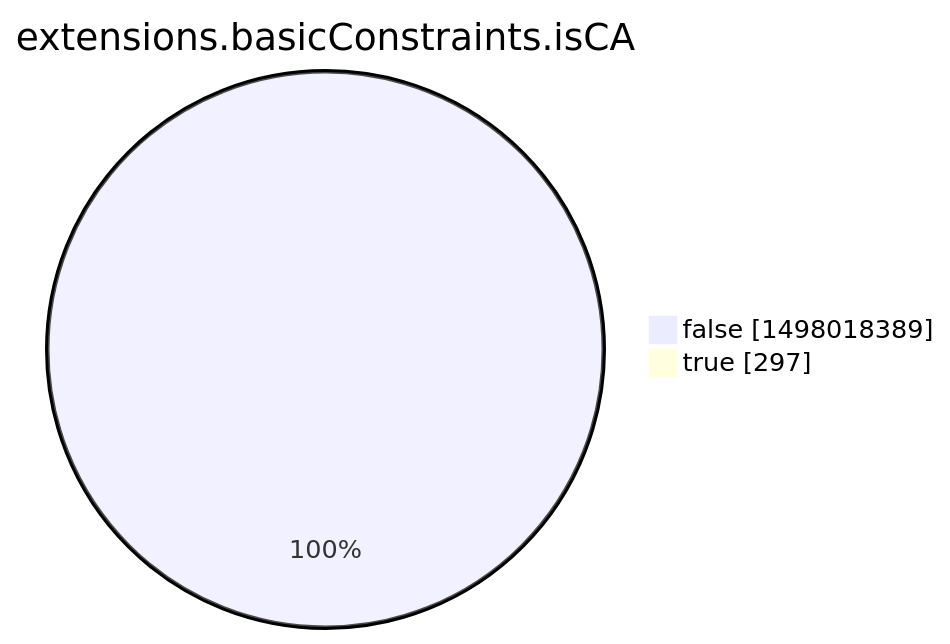
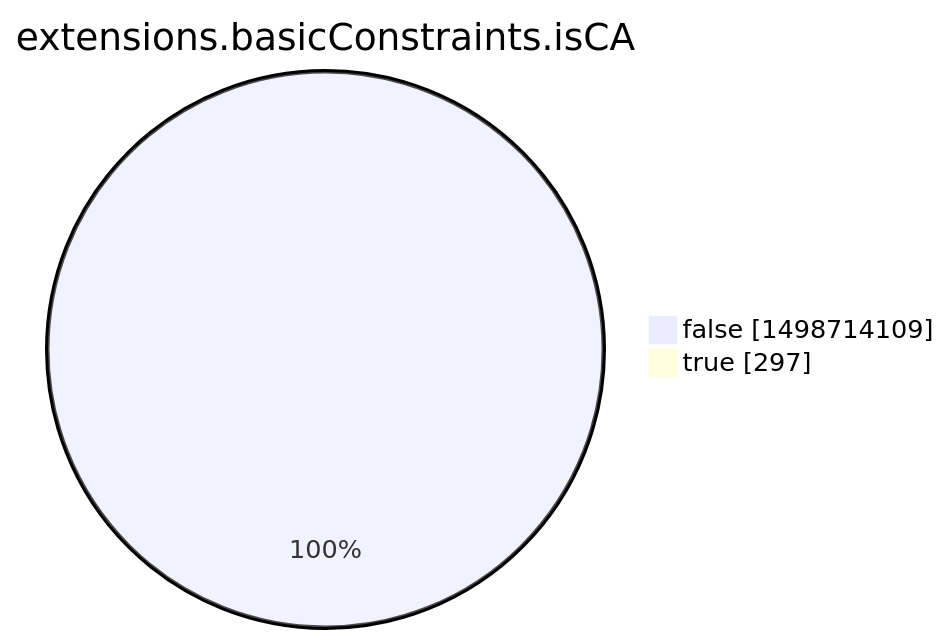
The eighth of 15 diagrams in argon2022/README.md (christiankrug/ctmonitor_visualization), drawn with Mermaid before and after one commit. The commit also changed other lines of this file, not shown here.

````diff
--- a/argon2022/README.md
+++ b/argon2022/README.md
@@ -2760,6 +2760,6 @@
 ```mermaid
 pie showData
 title extensions.basicConstraints.isCA
-"false" :1498018389
+"false" :1498714109
 "true" :297
 ```
````
